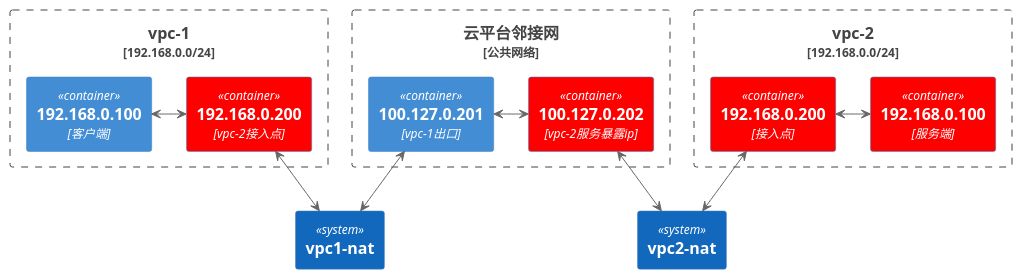
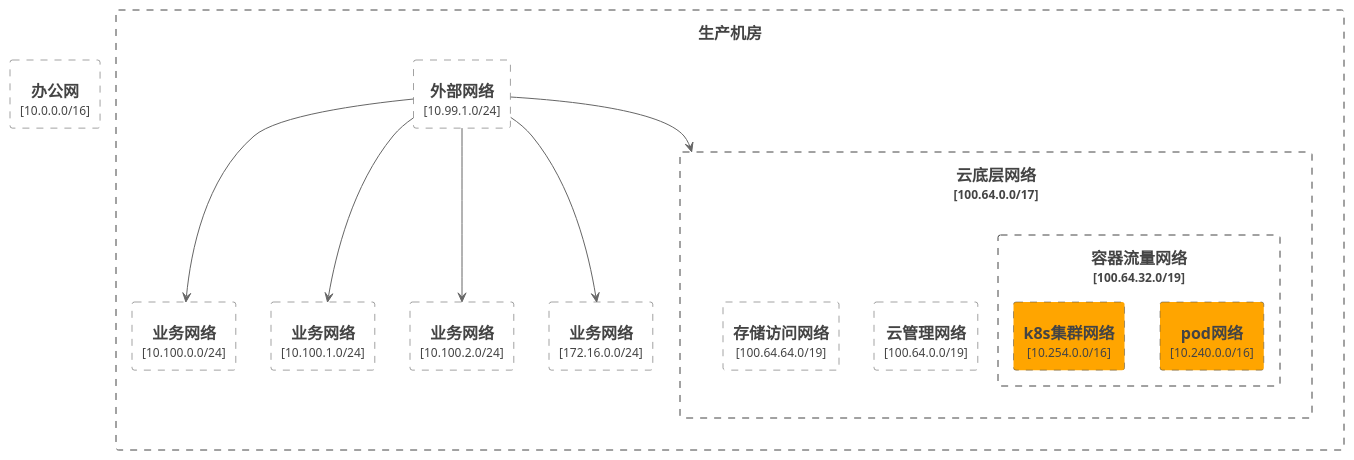
Before and after one commit to gardenerframework/impatiens: the first of 8 diagrams in 云与虚拟化/调度系统/k8s/实践/k8s生产集群部署/1. 网络规划/readme.md, drawn with PlantUML. The commit also changed other lines of this file and 2 other files, not shown here.

````diff
--- a/云与虚拟化/调度系统/k8s/实践/k8s生产集群部署/1. 网络规划/readme.md
+++ b/云与虚拟化/调度系统/k8s/实践/k8s生产集群部署/1. 网络规划/readme.md
@@ -116,29 +54,28 @@
 ```plantuml
 @startuml
 !include  https://plantuml.s3.cn-north-1.jdcloud-oss.com/C4_Container.puml
-System(vpc1路由,vpc1-nat)
-System(vpc2路由,vpc2-nat)
-Boundary(vpc1, vpc-1, 192.168.0.0/24) {
-    Container(192.168.0.100_1, 192.168.0.100, 客户端)
-    Container(192.168.0.200_1, 192.168.0.200, vpc-2接入点) #red
-    192.168.0.100_1 <-r-> 192.168.0.200_1
+
+Boundary(办公大楼, 办公网, 10.0.0.0/16) {
 }
 
-Boundary(云平台邻接网, 云平台邻接网, 公共网络) {
-    Container(100.127.0.201, 100.127.0.201, vpc-1出口)
-    Container(100.127.0.202, 100.127.0.202, vpc-2服务暴露ip) #red
-    100.127.0.201<-r->100.127.0.202
-}
-
-Boundary(vpc2, vpc-2, 192.168.0.0/24) {
-    Container(192.168.0.100_2, 192.168.0.100, 服务端) #red
-    Container(192.168.0.200_2, 192.168.0.200, 接入点) #red
-}
-
-vpc1路由 <-u-> 192.168.0.200_1
-vpc1路由 <-u-> 100.127.0.201
-vpc2路由 <-u-> 192.168.0.200_2
-vpc2路由 <-u-> 100.127.0.202
-192.168.0.100_2<-l->192.168.0.200_2
+Boundary(生产机房, 生产机房) {
+    Boundary(外部网络, 外部网络, 10.99.1.0/24)
+    Boundary(业务网络1, 业务网络, 10.100.0.0/24)
+    Boundary(业务网络2, 业务网络, 10.100.1.0/24)
+    Boundary(业务网络3, 业务网络, 10.100.2.0/24)
+    Boundary(业务网络4, 业务网络, 172.16.0.0/24)
+    Boundary(云底层网络, 云底层网络, 100.64.0.0/17) {
+        Boundary(云管理网络, 云管理网络, 100.64.0.0/19)
+        Boundary(容器流量网络, 容器流量网络, 100.64.32.0/19) {
+            Boundary(pod网络, pod网络, 10.240.0.0/16) #orange
+            Boundary(k8s集群网络, k8s集群网络, 10.254.0.0/16) #orange
+        }
+        Boundary(存储访问网络, 存储访问网络, 100.64.64.0/19)
+    }
+    外部网络-d->业务网络1
+    外部网络-d->业务网络2
+    外部网络-d->业务网络3
+    外部网络-d->业务网络4
+    外部网络-d-> 云底层网络
 @enduml
 ```
````
